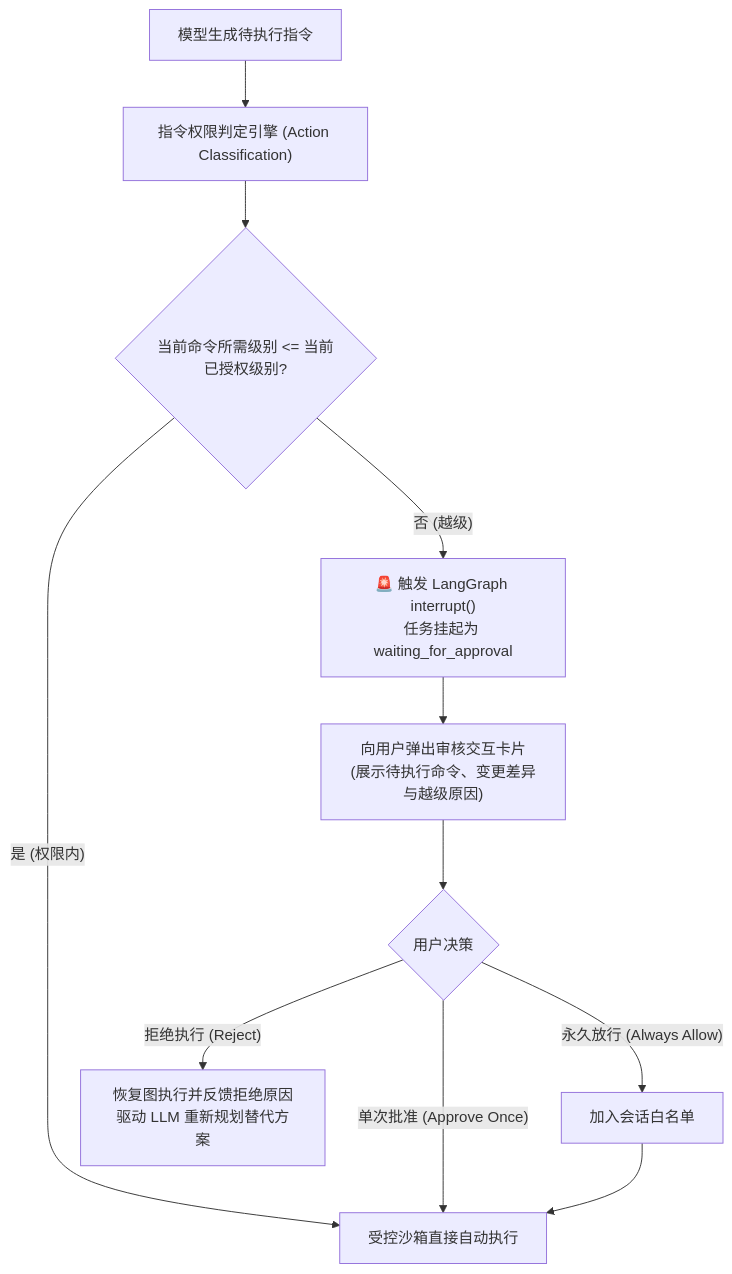
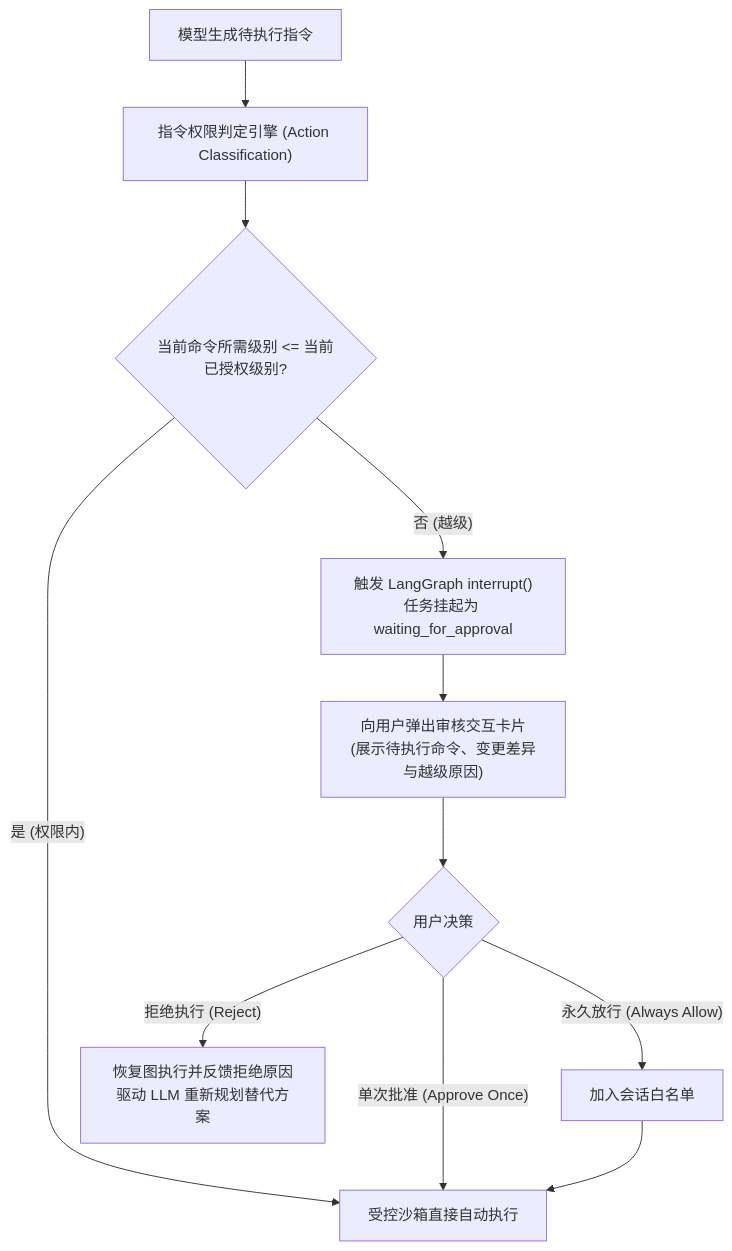
Before and after one commit to MakinoharaShokosans/Aegis: the diagram in documents/03_子系统实施规范/bash_shell/03_command_audit_and_path_sandbox.md, drawn with Mermaid. The commit also changed other lines of this file and 97 other files, not shown here.

````diff
--- a/documents/03_子系统实施规范/bash_shell/03_command_audit_and_path_sandbox.md
+++ b/documents/03_子系统实施规范/bash_shell/03_command_audit_and_path_sandbox.md
@@ -99,15 +99,15 @@
 ```mermaid
 flowchart TD
     CMD["模型生成待执行指令"] --> Classify["指令权限判定引擎 (Action Classification)"]
     Classify --> Check{"当前命令所需级别 <= 当前已授权级别?"}
-    
+
     Check -- "是 (权限内)" --> Run["受控沙箱直接自动执行"]
-    
-    Check -- "否 (越级)" --> Suspend["🚨 触发 LangGraph interrupt()<br/>任务挂起为 waiting_for_approval"]
+
+    Check -- "否 (越级)" --> Suspend[" 触发 LangGraph interrupt()<br/>任务挂起为 waiting_for_approval"]
     Suspend --> UI["向用户弹出审核交互卡片<br/>(展示待执行命令、变更差异与越级原因)"]
-    
+
     UI --> Decision{"用户决策"}
     Decision -- "单次批准 (Approve Once)" --> Run
     Decision -- "永久放行 (Always Allow)" --> Whitelist["加入会话白名单"] --> Run
     Decision -- "拒绝执行 (Reject)" --> ResumeFeedback["恢复图执行并反馈拒绝原因<br/>驱动 LLM 重新规划替代方案"]
 ```
````
